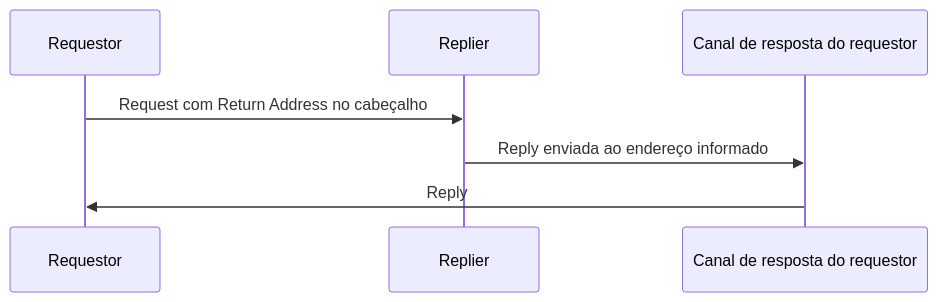
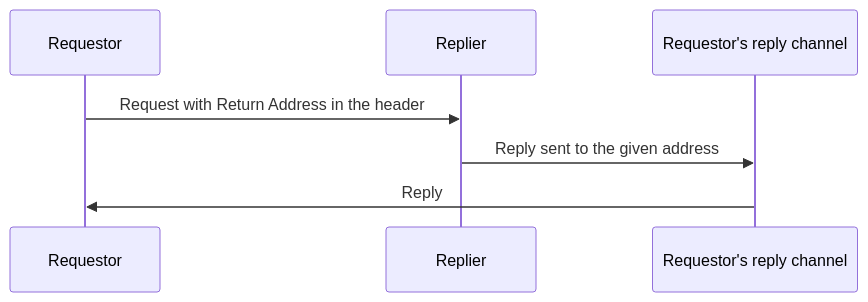
One commit to alancesar/design-patterns changed the diagram in docs/architecture/eip/message-construction/return-address.md. Above: the diagram before and after it, drawn with Mermaid. The commit also changed 258 other files, not shown here.

First line of the commit message:
Translate Mermaid diagrams to English

````diff
--- a/docs/architecture/eip/message-construction/return-address.md
+++ b/docs/architecture/eip/message-construction/return-address.md
@@ -49,9 +49,9 @@
 ```mermaid
 sequenceDiagram
     participant Req as Requestor
     participant Rep as Replier
-    participant CRep as Canal de resposta do requestor
-    Req->>Rep: Request com Return Address no cabeçalho
-    Rep->>CRep: Reply enviada ao endereço informado
+    participant CRep as Requestor's reply channel
+    Req->>Rep: Request with Return Address in the header
+    Rep->>CRep: Reply sent to the given address
     CRep->>Req: Reply
 ```
````
